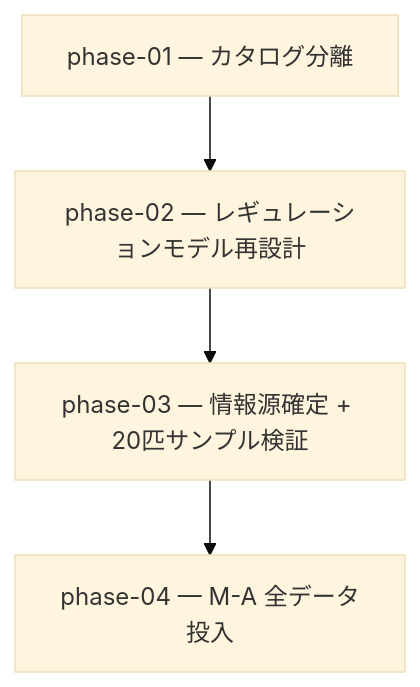
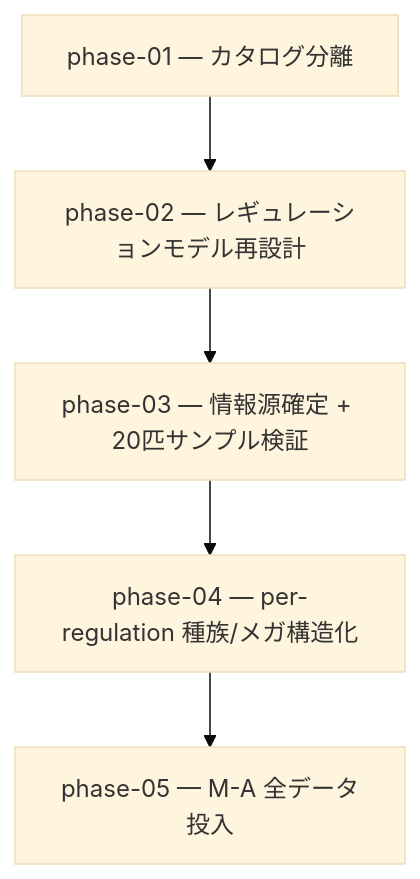
The diagram in docs/plan/02-data-model-redesign/README.md (subroh0508/pokeform), drawn with Mermaid (base theme) before and after one commit. The commit also changed other lines of this file and 4 other files, not shown here.

First line of the commit message:
docs(plan): 02 に Phase 4「per-regulation 種族/メガ構造化」を追加 + M-A 投入を Phase 5 へ renumber

````diff
--- a/docs/plan/02-data-model-redesign/README.md
+++ b/docs/plan/02-data-model-redesign/README.md
@@ -17,6 +17,7 @@
 ```mermaid
 flowchart TD
     P1[phase-01 — カタログ分離] --> P2[phase-02 — レギュレーションモデル再設計]
     P2 --> P3[phase-03 — 情報源確定 + 20匹サンプル検証]
-    P3 --> P4[phase-04 — M-A 全データ投入]
+    P3 --> P4[phase-04 — per-regulation 種族/メガ構造化]
+    P4 --> P5[phase-05 — M-A 全データ投入]
 ```
````
